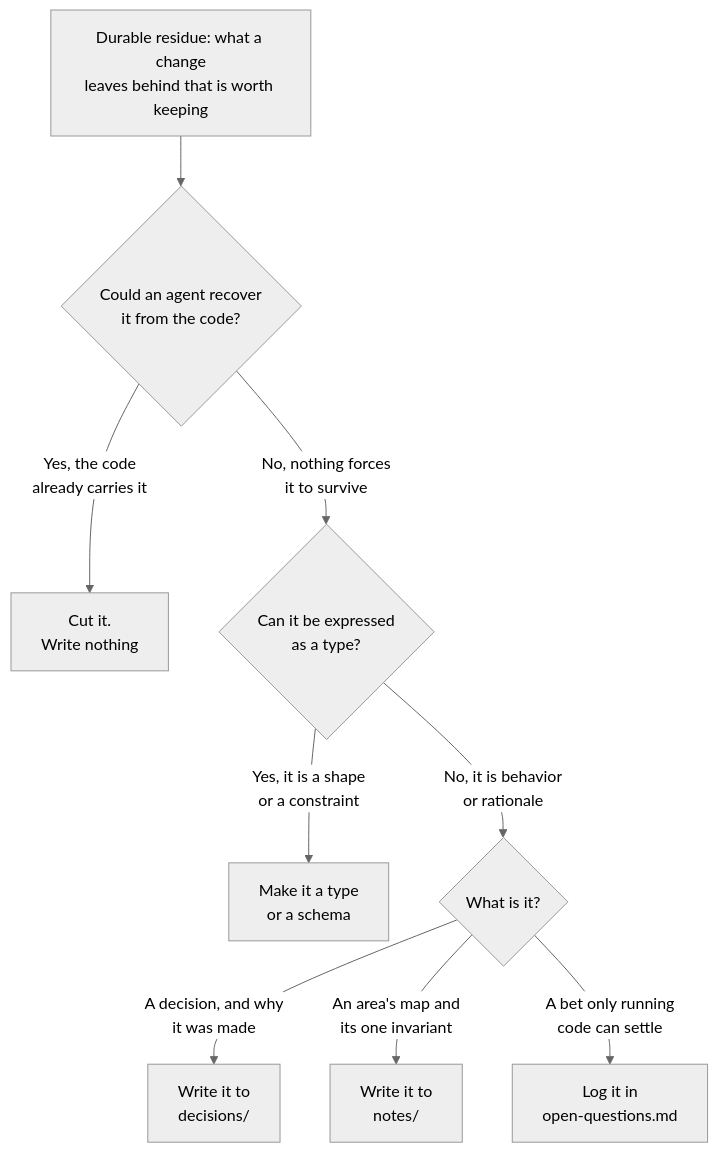
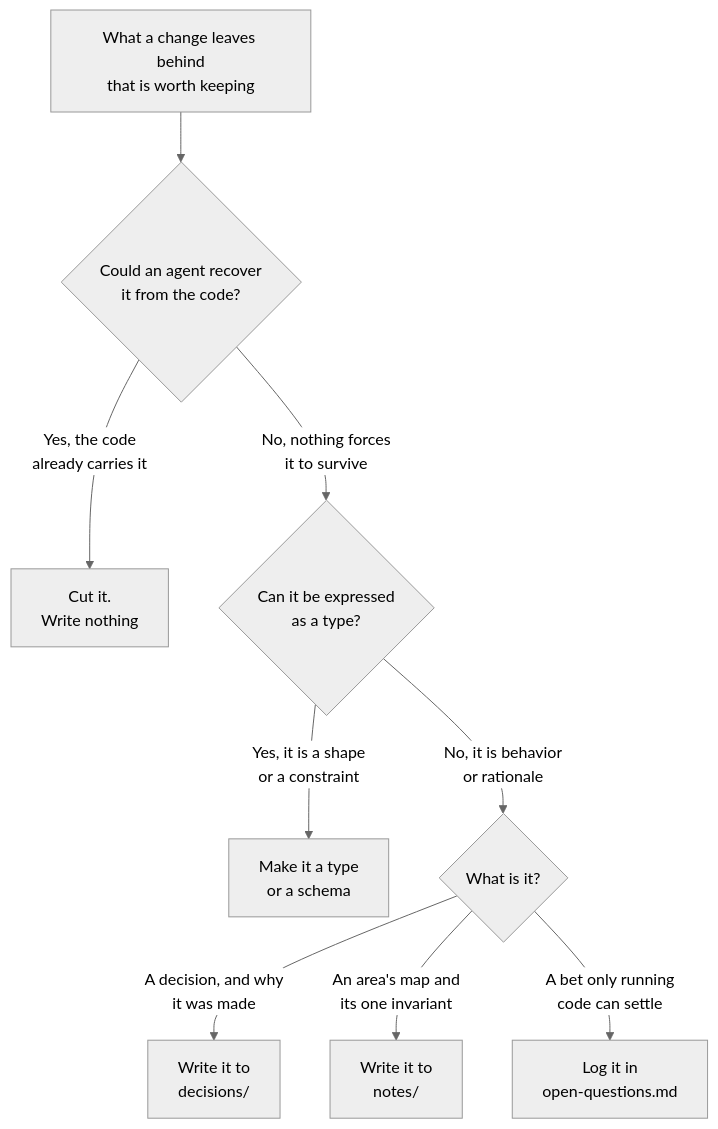
Before and after one commit to dominik-rehse/hone: the first of 5 diagrams in docs/model.md, drawn with Mermaid (neutral theme). The commit also changed other lines of this file and 18 other files, not shown here.

````diff
--- a/docs/model.md
+++ b/docs/model.md
@@ -40,11 +42,11 @@
 ```mermaid
 flowchart TD
-    r["Durable residue: what a change<br/>leaves behind that is worth keeping"] --> cut{"Could an agent recover<br/>it from the code?"}
+    r["What a change leaves behind<br/>that is worth keeping"] --> cut{"Could an agent recover<br/>it from the code?"}
     cut -->|"Yes, the code<br/>already carries it"| drop["Cut it.<br/>Write nothing"]
     cut -->|"No, nothing forces<br/>it to survive"| shape{"Can it be expressed<br/>as a type?"}
     shape -->|"Yes, it is a shape<br/>or a constraint"| type["Make it a type<br/>or a schema"]
     shape -->|"No, it is behavior<br/>or rationale"| kind{"What is it?"}
     kind -->|"A decision, and why<br/>it was made"| dec["Write it to<br/>decisions/"]
     kind -->|"An area's map and<br/>its one invariant"| note["Write it to<br/>notes/"]
     kind -->|"A bet only running<br/>code can settle"| oq["Log it in<br/>open-questions.md"]
 ```
````
